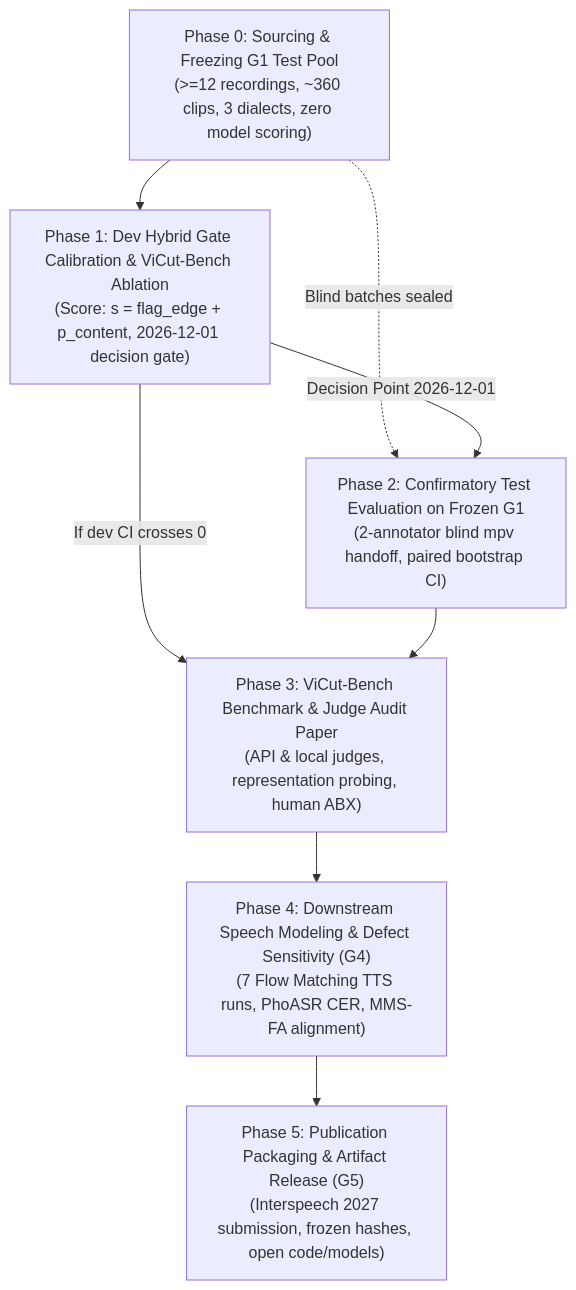
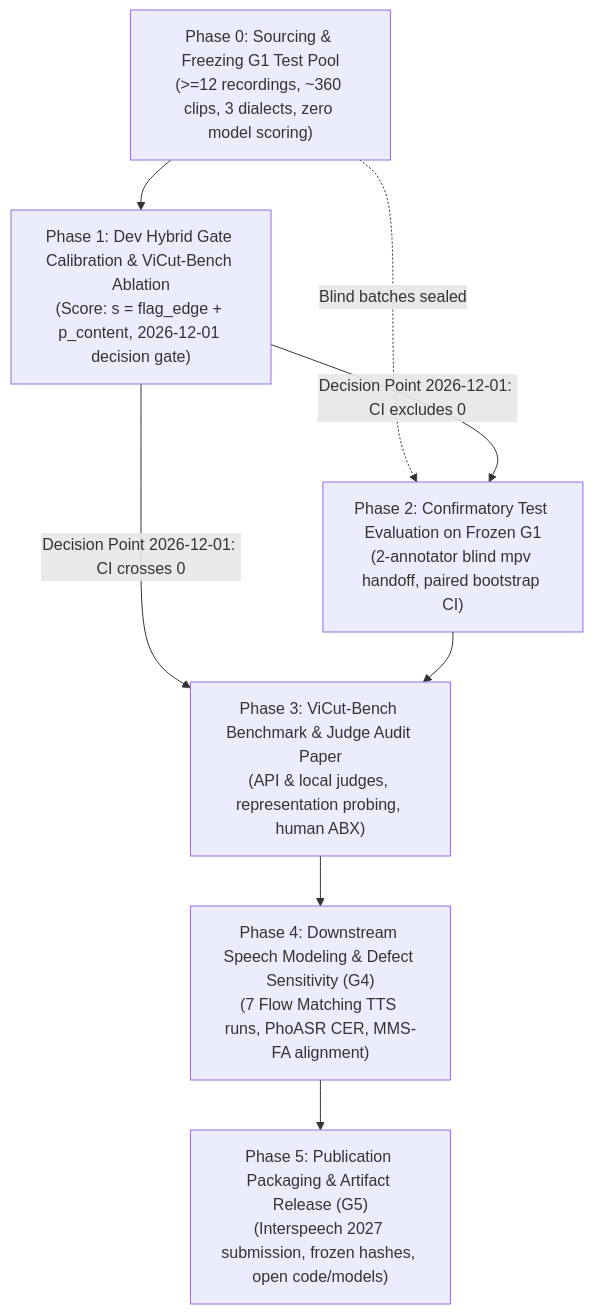
Before and after one commit to tungnguyenlam/audio-prepare-pipeline-redo: the diagram in PLAN.md, drawn with Mermaid. The commit also changed other lines of this file, not shown here.

````diff
--- a/PLAN.md
+++ b/PLAN.md
@@ -13,10 +16,10 @@
 ```mermaid
 flowchart TD
     P0["Phase 0: Sourcing & Freezing G1 Test Pool\n(>=12 recordings, ~360 clips, 3 dialects, zero model scoring)"] --> P1["Phase 1: Dev Hybrid Gate Calibration & ViCut-Bench Ablation\n(Score: s = flag_edge + p_content, 2026-12-01 decision gate)"]
     P0 -.->|Blind batches sealed| P2["Phase 2: Confirmatory Test Evaluation on Frozen G1\n(2-annotator blind mpv handoff, paired bootstrap CI)"]
-    P1 -->|Decision Point 2026-12-01| P2
-    P1 -->|If dev CI crosses 0| P3["Phase 3: ViCut-Bench Benchmark & Judge Audit Paper\n(API & local judges, representation probing, human ABX)"]
+    P1 -->|Decision Point 2026-12-01: CI excludes 0| P2
+    P1 -->|Decision Point 2026-12-01: CI crosses 0| P3["Phase 3: ViCut-Bench Benchmark & Judge Audit Paper\n(API & local judges, representation probing, human ABX)"]
     P2 --> P3
     P3 --> P4["Phase 4: Downstream Speech Modeling & Defect Sensitivity (G4)\n(7 Flow Matching TTS runs, PhoASR CER, MMS-FA alignment)"]
     P4 --> P5["Phase 5: Publication Packaging & Artifact Release (G5)\n(Interspeech 2027 submission, frozen hashes, open code/models)"]
 ```
````
